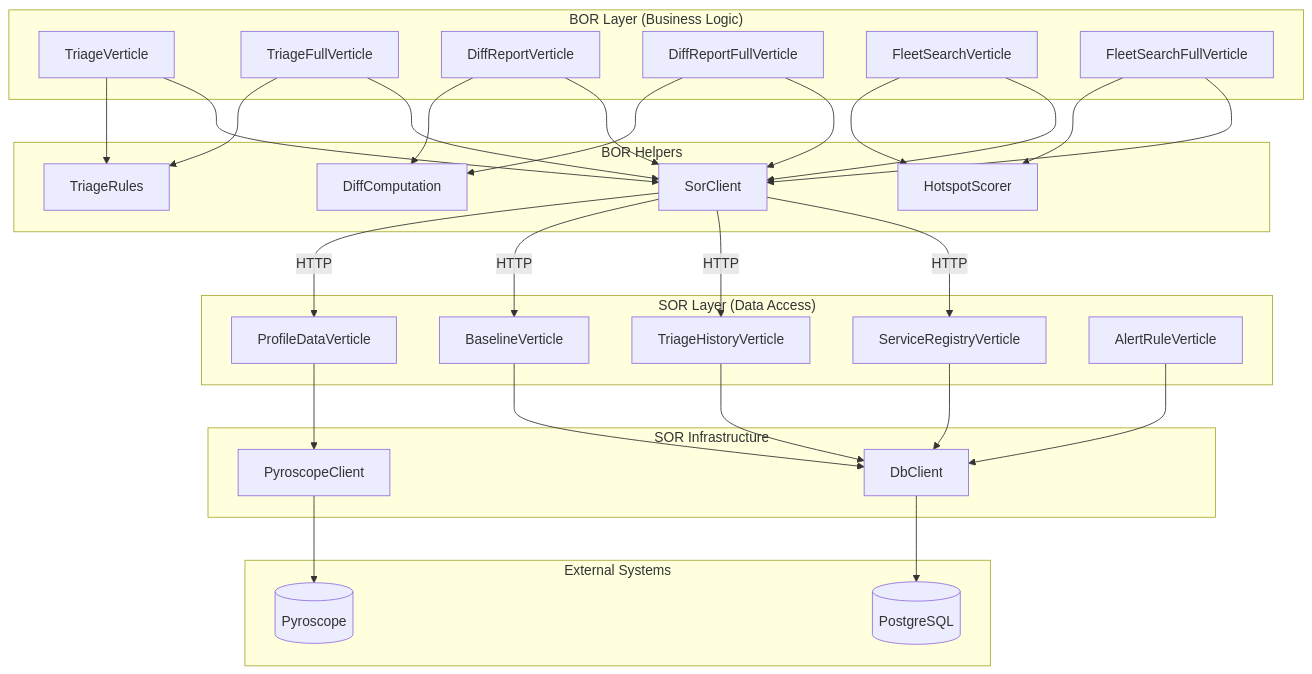
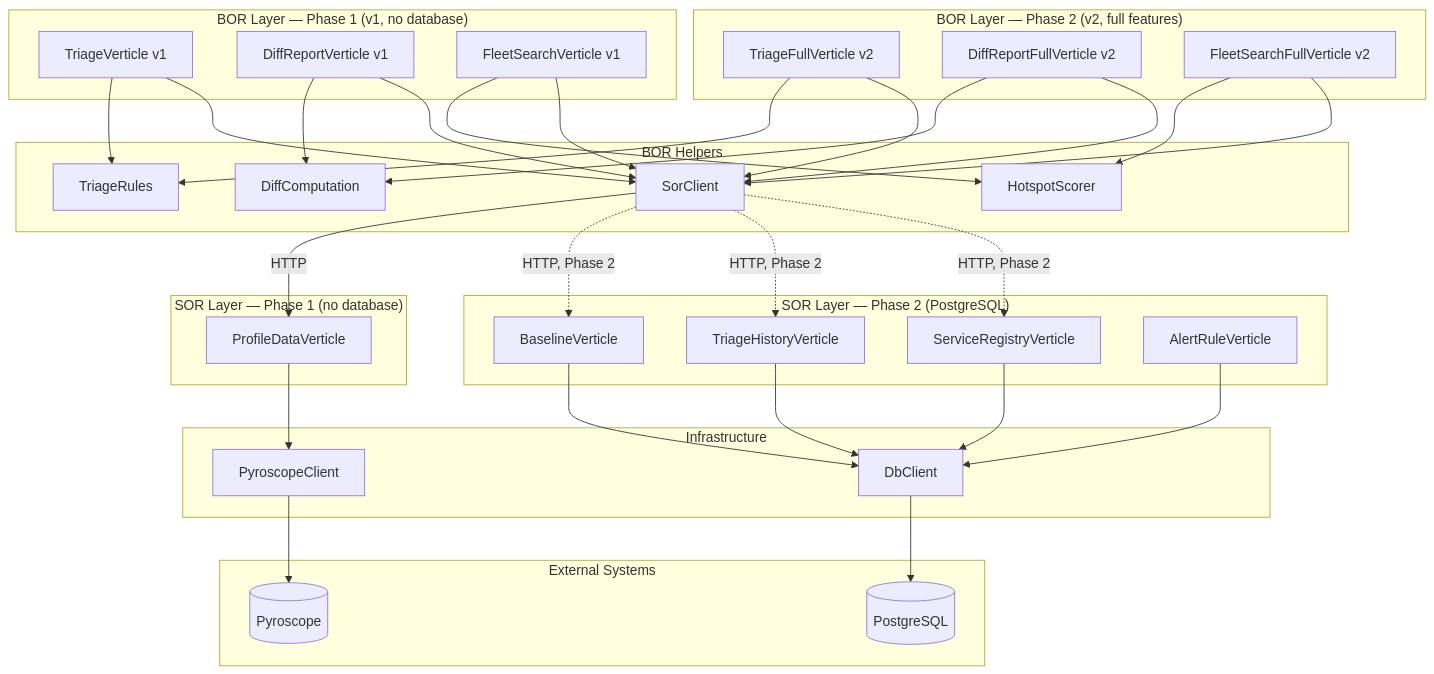
One commit to aff0gat000/pyroscope changed the first of 3 diagrams in docs/function-architecture.md. Above: the diagram before and after it, drawn with Mermaid. The commit also changed other lines of this file and 35 other files, not shown here.

First line of the commit message:
Deduplicate verticle helpers, harden Dockerfiles, add Phase 1/2 deployment docs

````diff
--- a/docs/function-architecture.md
+++ b/docs/function-architecture.md
@@ -38,64 +38,70 @@
 ```mermaid
 graph TB
-    subgraph "BOR Layer (Business Logic)"
-        TV[TriageVerticle]
-        TVF[TriageFullVerticle]
-        DV[DiffReportVerticle]
-        DVF[DiffReportFullVerticle]
-        FV[FleetSearchVerticle]
-        FVF[FleetSearchFullVerticle]
+    subgraph "BOR Layer — Phase 1 (v1, no database)"
+        TV[TriageVerticle v1]
+        DV[DiffReportVerticle v1]
+        FV[FleetSearchVerticle v1]
+    end
+
+    subgraph "BOR Layer — Phase 2 (v2, full features)"
+        TVF[TriageFullVerticle v2]
+        DVF[DiffReportFullVerticle v2]
+        FVF[FleetSearchFullVerticle v2]
     end
 
     subgraph "BOR Helpers"
         TR[TriageRules]
         DC[DiffComputation]
         HS[HotspotScorer]
         SC[SorClient]
     end
 
-    subgraph "SOR Layer (Data Access)"
+    subgraph "SOR Layer — Phase 1 (no database)"
         PD[ProfileDataVerticle]
+    end
+
+    subgraph "SOR Layer — Phase 2 (PostgreSQL)"
         BL[BaselineVerticle]
         TH[TriageHistoryVerticle]
         SR[ServiceRegistryVerticle]
         AR[AlertRuleVerticle]
     end
 
-    subgraph "SOR Infrastructure"
+    subgraph "Infrastructure"
         PC[PyroscopeClient]
         DB[DbClient]
     end
 
     subgraph "External Systems"
         PY[(Pyroscope)]
         PG[(PostgreSQL)]
     end
 
     TV --> TR
     TVF --> TR
     DV --> DC
     DVF --> DC
     FV --> HS
     FVF --> HS
 
     TV --> SC
     TVF --> SC
     DV --> SC
     DVF --> SC
     FV --> SC
     FVF --> SC
 
     SC -->|HTTP| PD
-    SC -->|HTTP| BL
-    SC -->|HTTP| TH
-    SC -->|HTTP| SR
+    SC -.->|HTTP, Phase 2| BL
+    SC -.->|HTTP, Phase 2| TH
+    SC -.->|HTTP, Phase 2| SR
 
     PD --> PC
     PC --> PY
 
     BL --> DB
     TH --> DB
     SR --> DB
     AR --> DB
     DB --> PG
 ```
````
